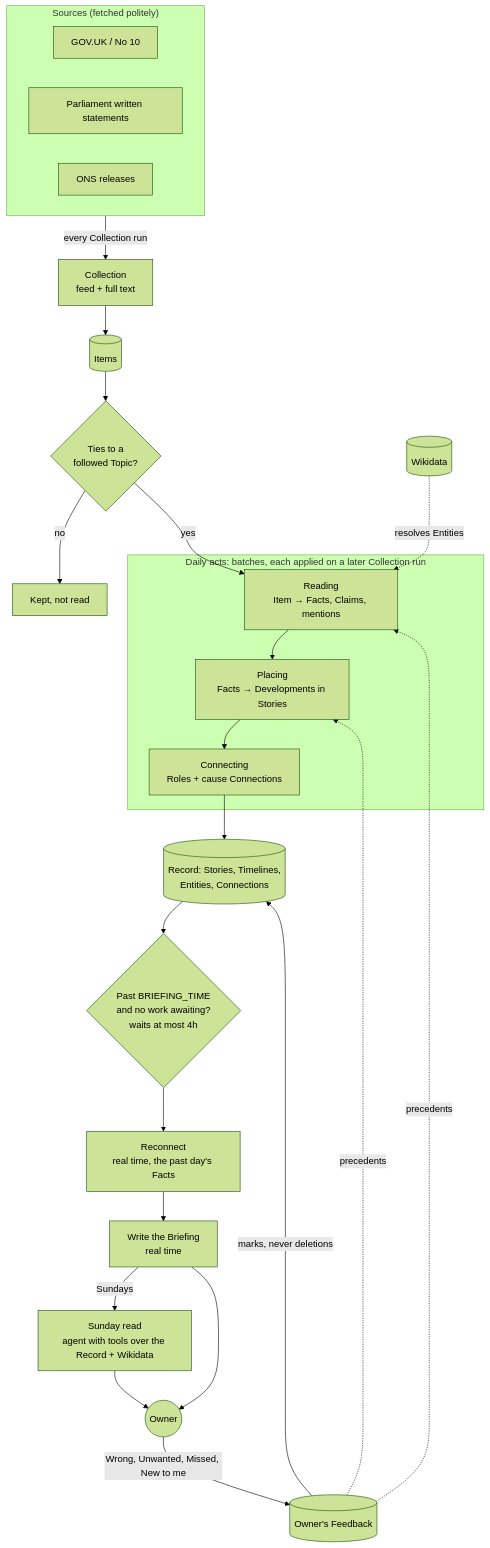
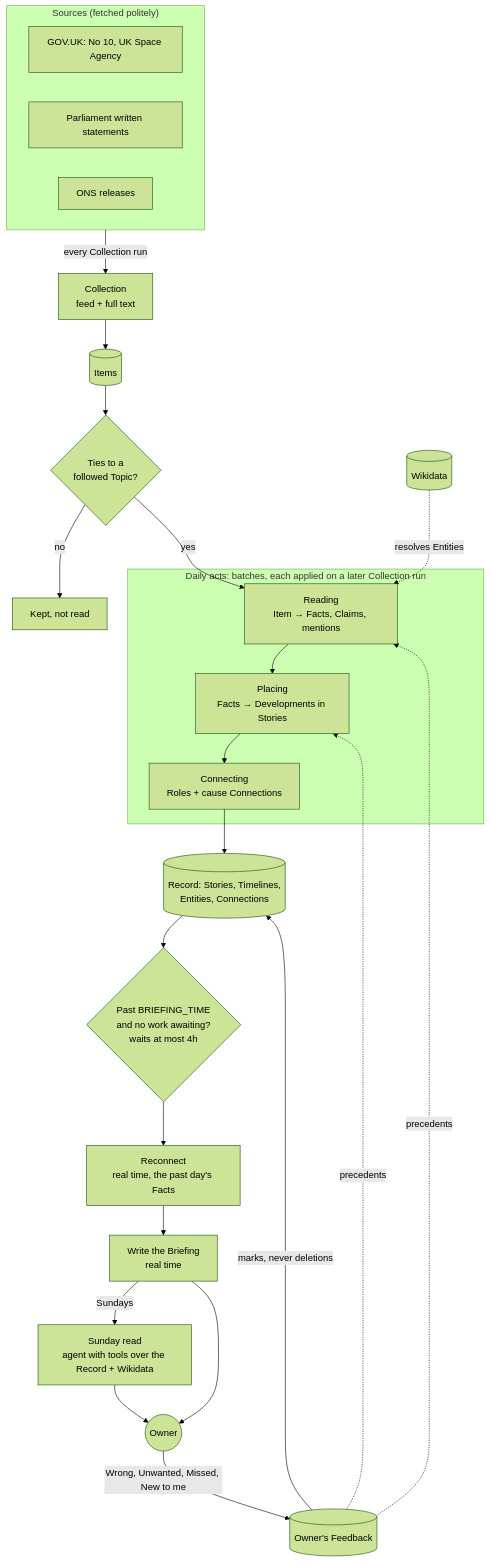
The diagram in README.md (samthorold/go-slow), drawn with Mermaid (forest theme) before and after one commit. The commit also changed 2 other files, not shown here.

````diff
--- a/README.md
+++ b/README.md
@@ -13,37 +13,37 @@
 ```mermaid
 flowchart TD
     subgraph Sources["Sources (fetched politely)"]
-        GOV[GOV.UK / No 10]
+        GOV[GOV.UK: No 10, UK Space Agency]
         PARL[Parliament written statements]
         ONS[ONS releases]
     end
 
     Sources -->|every Collection run| COLLECT[Collection<br/>feed + full text]
     COLLECT --> ITEMS[(Items)]
     ITEMS --> TOPIC{Ties to a<br/>followed Topic?}
     TOPIC -->|no| IDLE[Kept, not read]
     TOPIC -->|yes| READ
 
     subgraph Batches["Daily acts: batches, each applied on a later Collection run"]
         READ[Reading<br/>Item → Facts, Claims, mentions]
         PLACE[Placing<br/>Facts → Developments in Stories]
         CONNECT[Connecting<br/>Roles + cause Connections]
         READ --> PLACE --> CONNECT
     end
 
     WD[(Wikidata)] -.->|resolves Entities| READ
     FB[(Owner's Feedback)] -.->|precedents| READ
     FB -.->|precedents| PLACE
 
     CONNECT --> RECORD[(Record: Stories, Timelines,<br/>Entities, Connections)]
 
     RECORD --> WAIT{Past BRIEFING_TIME<br/>and no work awaiting?<br/>waits at most 4h}
     WAIT --> RECON[Reconnect<br/>real time, the past day's Facts]
     RECON --> BRIEF[Write the Briefing<br/>real time]
     BRIEF -->|Sundays| SUNDAY[Sunday read<br/>agent with tools over the Record + Wikidata]
 
     BRIEF --> OWNER((Owner))
     SUNDAY --> OWNER
     OWNER -->|Wrong, Unwanted, Missed, New to me| FB
     FB -->|marks, never deletions| RECORD
 ```
````
